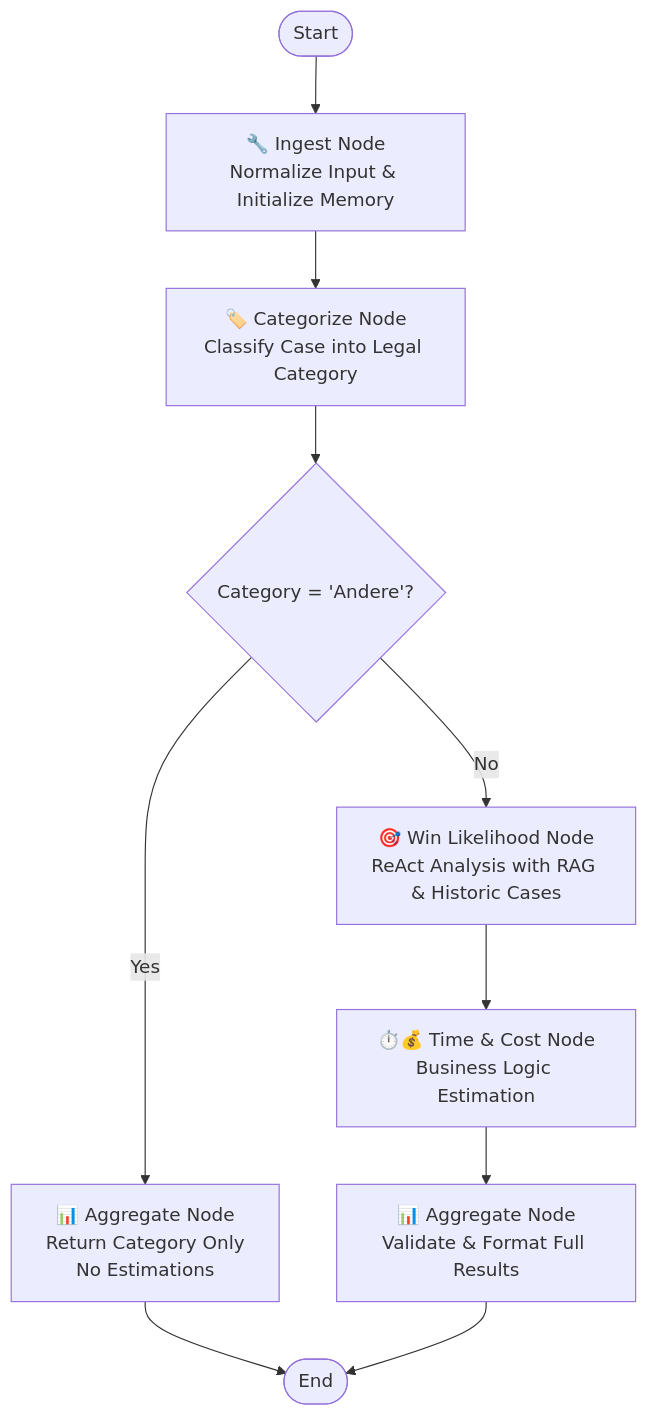
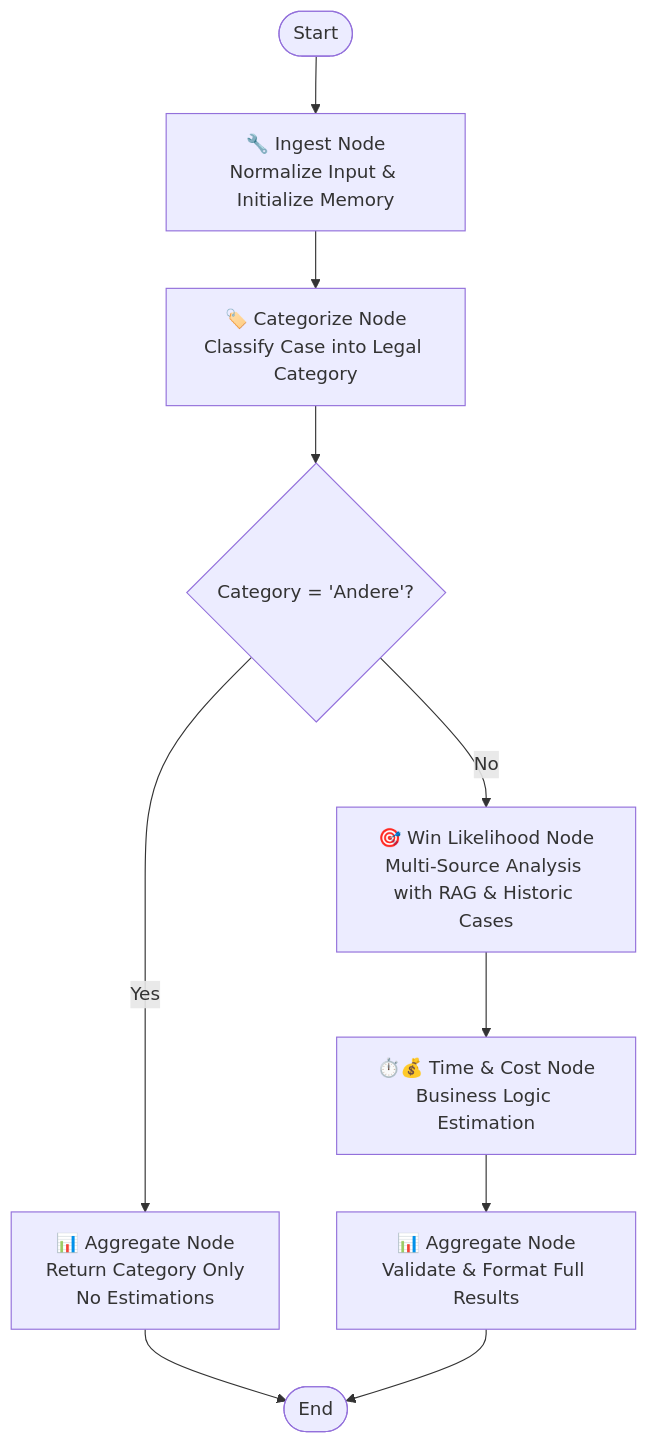
The diagram in backend/agent_with_tools/README.md (Swiss-ai-Weeks/Tomorrows-Legal-Assistance), drawn with Mermaid before and after one commit. The commit also changed other lines of this file and 5 other files, not shown here.

````diff
--- a/backend/agent_with_tools/README.md
+++ b/backend/agent_with_tools/README.md
@@ -23,18 +34,18 @@
 ```mermaid
 graph TD
     Start([Start]) --> Ingest[🔧 Ingest Node<br/>Normalize Input & Initialize Memory]
     Ingest --> Categorize[🏷️ Categorize Node<br/>Classify Case into Legal Category]
     
     %% Conditional branching based on category
     Categorize --> Decision{Category = 'Andere'?}
     Decision -->|Yes| AggregateSkip[📊 Aggregate Node<br/>Return Category Only<br/>No Estimations]
-    Decision -->|No| WinLikelihood[🎯 Win Likelihood Node<br/>ReAct Analysis with RAG & Historic Cases]
+    Decision -->|No| WinLikelihood[🎯 Win Likelihood Node<br/>Multi-Source Analysis with RAG & Historic Cases]
     
     %% Main analysis flow
     WinLikelihood --> TimeCost[⏱️💰 Time & Cost Node<br/>Business Logic Estimation]
     TimeCost --> AggregateFull[📊 Aggregate Node<br/>Validate & Format Full Results]
     
     %% Both paths end
     AggregateSkip --> End([End])
     AggregateFull --> End
 ```
````
